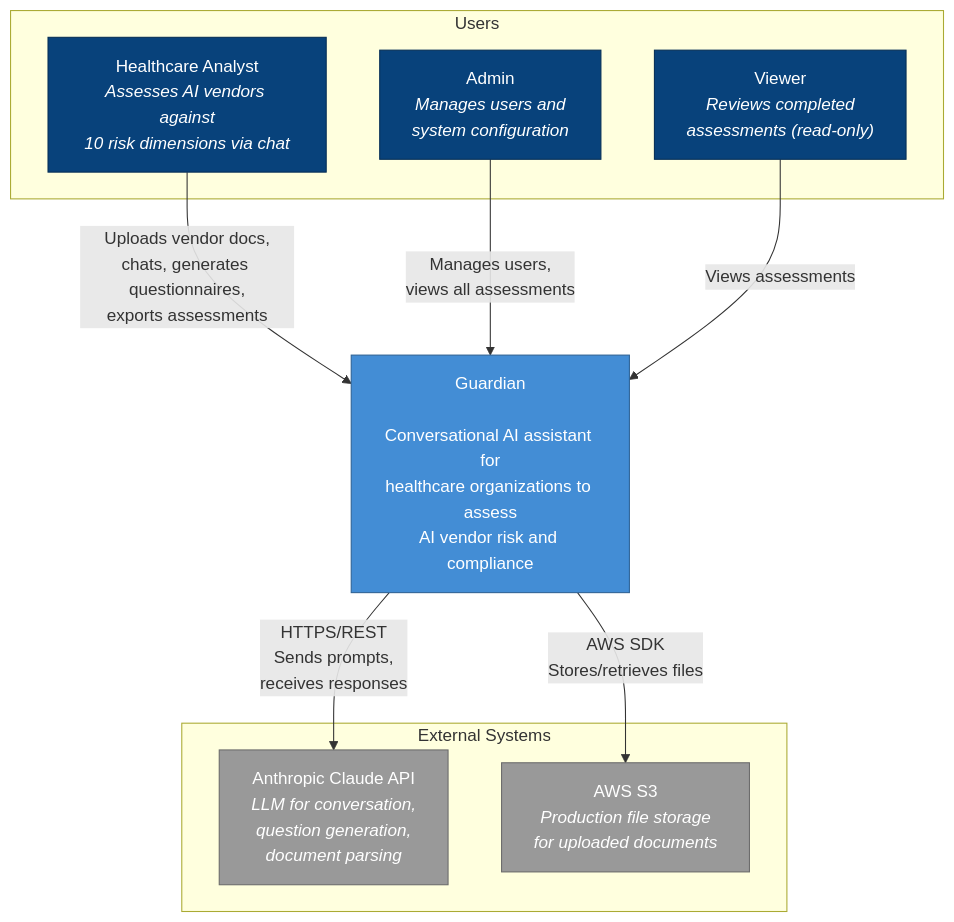
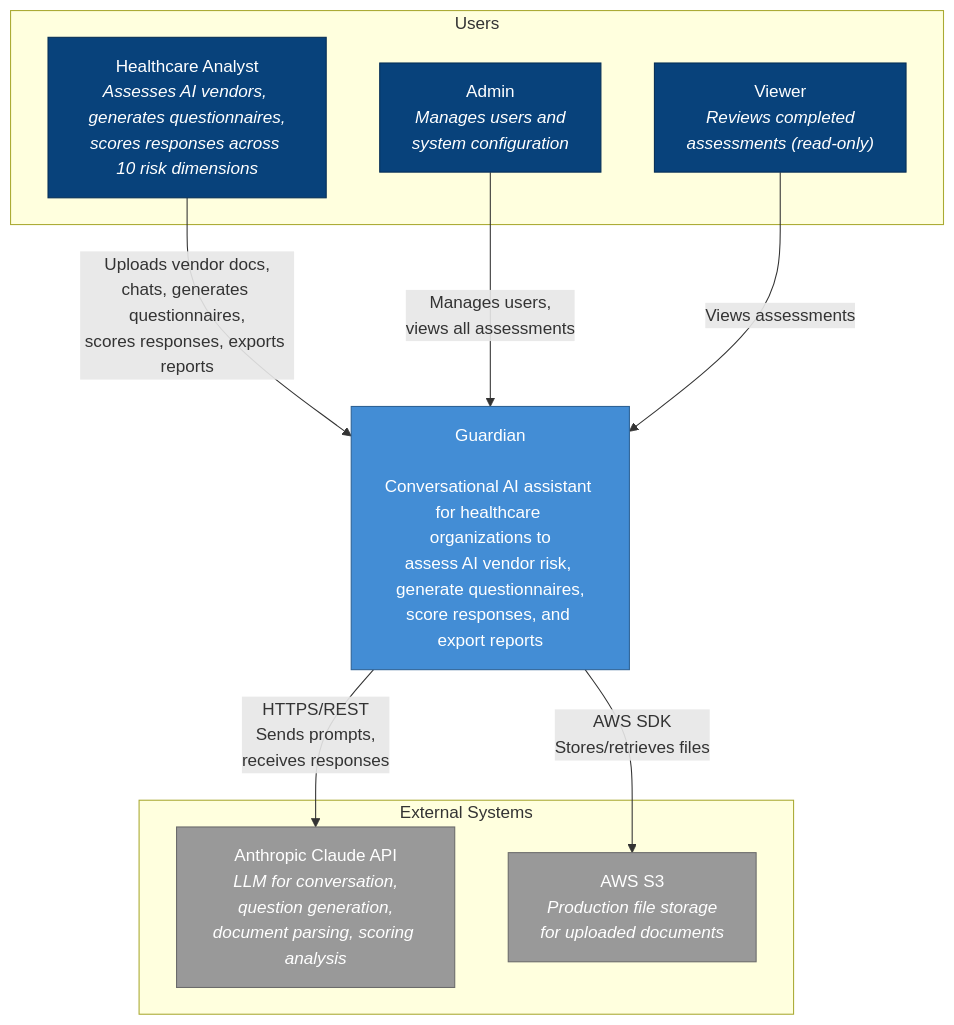
Before and after one commit to MazRadwan/guardian-local: the first of 4 diagrams in docs/architecture/c4-diagrams.md, drawn with Mermaid. The commit also changed other lines of this file, not shown here.

First line of the commit message:
docs: Update C4 diagrams to reflect scoring workflow

````diff
--- a/docs/architecture/c4-diagrams.md
+++ b/docs/architecture/c4-diagrams.md
@@ -14,29 +14,29 @@
 ```mermaid
 flowchart TB
     subgraph users["Users"]
-        analyst["Healthcare Analyst<br><i>Assesses AI vendors against<br>10 risk dimensions via chat</i>"]
+        analyst["Healthcare Analyst<br><i>Assesses AI vendors, generates questionnaires,<br>scores responses across 10 risk dimensions</i>"]
         admin["Admin<br><i>Manages users and<br>system configuration</i>"]
         viewer["Viewer<br><i>Reviews completed<br>assessments (read-only)</i>"]
     end
 
-    guardian["Guardian<br><br>Conversational AI assistant for<br>healthcare organizations to assess<br>AI vendor risk and compliance"]
+    guardian["Guardian<br><br>Conversational AI assistant for healthcare organizations to<br>assess AI vendor risk, generate questionnaires,<br>score responses, and export reports"]
 
     subgraph external["External Systems"]
-        claude["Anthropic Claude API<br><i>LLM for conversation,<br>question generation,<br>document parsing</i>"]
+        claude["Anthropic Claude API<br><i>LLM for conversation,<br>question generation,<br>document parsing, scoring analysis</i>"]
         s3["AWS S3<br><i>Production file storage<br>for uploaded documents</i>"]
     end
 
-    analyst -->|"Uploads vendor docs,<br>chats, generates questionnaires,<br>exports assessments"| guardian
+    analyst -->|"Uploads vendor docs,<br>chats, generates questionnaires,<br>scores responses, exports reports"| guardian
     admin -->|"Manages users,<br>views all assessments"| guardian
     viewer -->|"Views assessments"| guardian
 
     guardian -->|"HTTPS/REST<br>Sends prompts,<br>receives responses"| claude
     guardian -->|"AWS SDK<br>Stores/retrieves files"| s3
 
     style guardian fill:#438DD5,stroke:#2E6295,color:#fff
     style claude fill:#999999,stroke:#6B6B6B,color:#fff
     style s3 fill:#999999,stroke:#6B6B6B,color:#fff
     style analyst fill:#08427B,stroke:#052E56,color:#fff
     style admin fill:#08427B,stroke:#052E56,color:#fff
     style viewer fill:#08427B,stroke:#052E56,color:#fff
 ```
````
